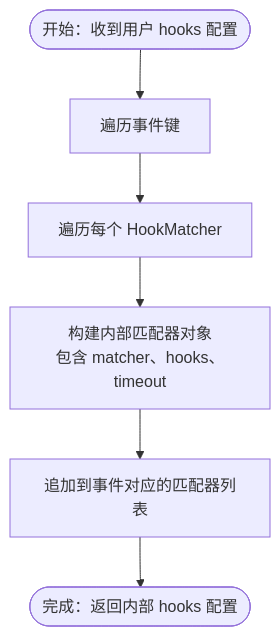
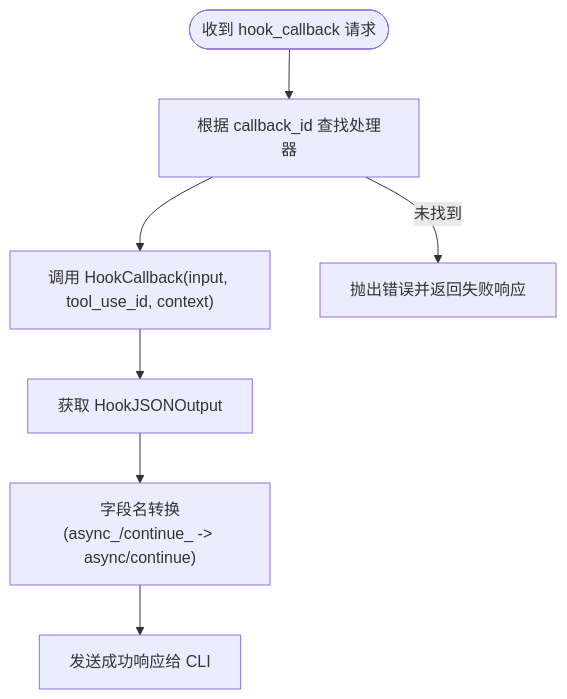
One commit to defulat-coder/claude-agent-sdk-python changed the third of 4 diagrams in .qoder/repowiki/zh/content/高级功能/钩子系统/钩子匹配器.md. Above: the diagram before and after it, drawn with Mermaid. The commit also changed other lines of this file and 77 other files, not shown here.

````diff
--- a/.qoder/repowiki/zh/content/高级功能/钩子系统/钩子匹配器.md
+++ b/.qoder/repowiki/zh/content/高级功能/钩子系统/钩子匹配器.md
@@ -114,8 +172,9 @@
 ```mermaid
 flowchart TD
-Start(["开始：收到用户 hooks 配置"]) --> IterateEvents["遍历事件键"]
-IterateEvents --> IterateMatchers["遍历每个 HookMatcher"]
-IterateMatchers --> BuildMatcher["构建内部匹配器对象<br/>包含 matcher、hooks、timeout"]
-BuildMatcher --> AppendToEvent["追加到事件对应的匹配器列表"]
-AppendToEvent --> End(["完成：返回内部 hooks 配置"])
+Start(["收到 hook_callback 请求"]) --> Lookup["根据 callback_id 查找处理器"]
+Lookup --> Invoke["调用 HookCallback(input, tool_use_id, context)"]
+Invoke --> Output["获取 HookJSONOutput"]
+Output --> Convert["字段名转换(async_/continue_ -> async/continue)"]
+Convert --> Respond["发送成功响应给 CLI"]
+Lookup --> |未找到| Error["抛出错误并返回失败响应"]
 ```
````
